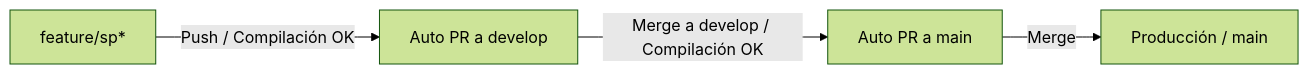
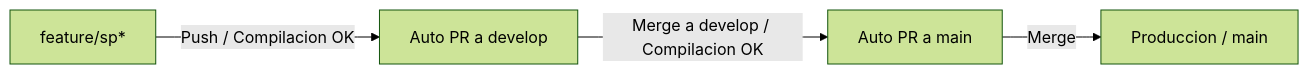
The diagram in README.md (MiguelCarlosRojas/GrowUp), drawn with Mermaid (forest theme) before and after one commit. The commit also changed other lines of this file and 12 other files, not shown here.

````diff
--- a/README.md
+++ b/README.md
@@ -56,6 +75,6 @@
 ```mermaid
 flowchart LR
-    A["feature/sp*"] -->|Push / Compilación OK| B["Auto PR a develop"]
-    B -->|Merge a develop / Compilación OK| C["Auto PR a main"]
-    C -->|Merge| D["Producción / main"]
+    A["feature/sp*"] -->|Push / Compilacion OK| B["Auto PR a develop"]
+    B -->|Merge a develop / Compilacion OK| C["Auto PR a main"]
+    C -->|Merge| D["Produccion / main"]
 ```
````
